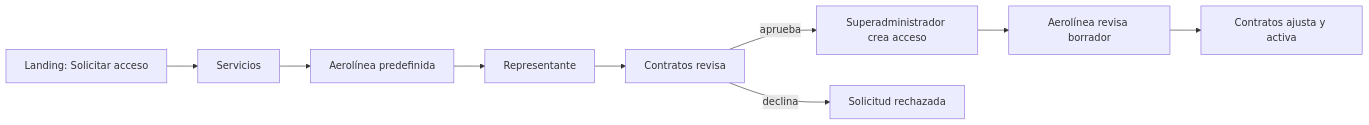
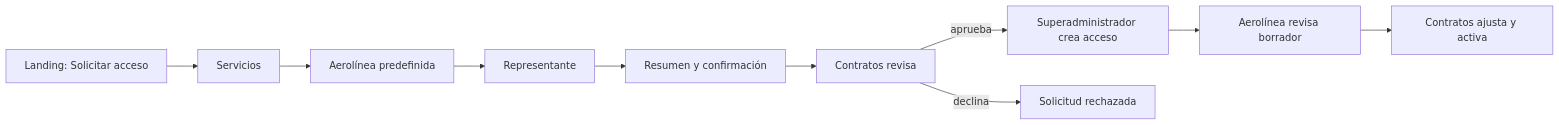
Before and after one commit to ErickEduardo027/ELEVANT: the diagram in Vault/05-aplicaciones/flujo-comercial-y-gobernanza.md, drawn with Mermaid. The commit also changed other lines of this file and 85 other files, not shown here.

````diff
--- a/Vault/05-aplicaciones/flujo-comercial-y-gobernanza.md
+++ b/Vault/05-aplicaciones/flujo-comercial-y-gobernanza.md
@@ -47,11 +52,12 @@
 ```mermaid
 flowchart LR
     L[Landing: Solicitar acceso] --> S[Servicios]
     S --> A[Aerolínea predefinida]
     A --> R[Representante]
-    R --> C[Contratos revisa]
+    R --> V[Resumen y confirmación]
+    V --> C[Contratos revisa]
     C -->|aprueba| U[Superadministrador crea acceso]
     C -->|declina| X[Solicitud rechazada]
     U --> B[Aerolínea revisa borrador]
     B --> T[Contratos ajusta y activa]
 ```
````
